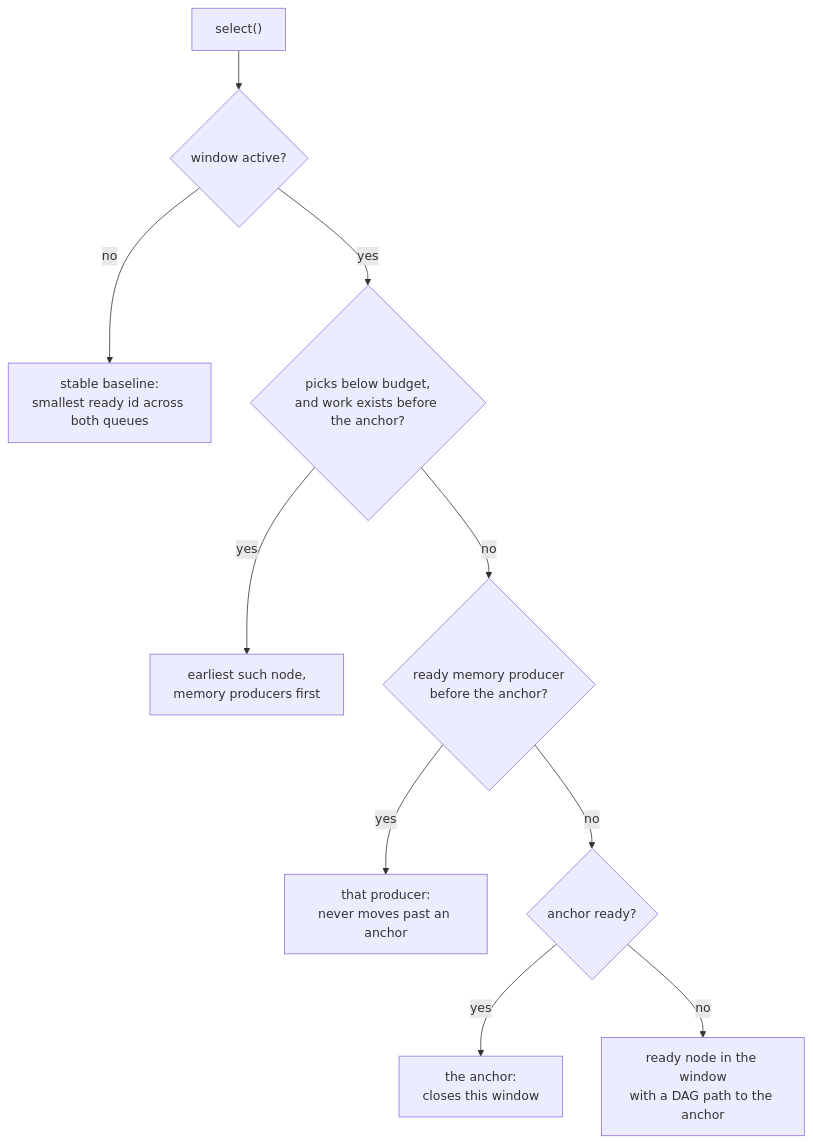
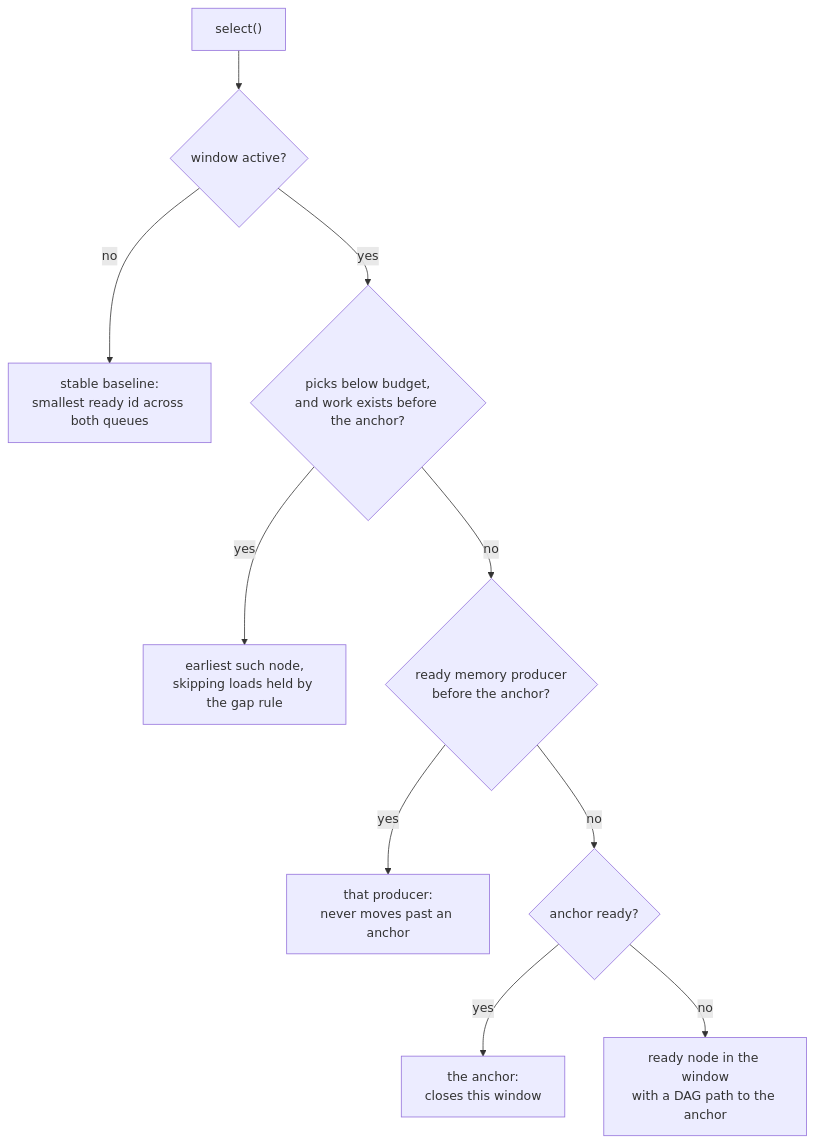
Before and after one commit to ROCm/rocm-libraries: the third of 5 diagrams in shared/stinkytofu/docs/developer/wait-aware-schedule-repair-pass.md, drawn with Mermaid. The commit also changed other lines of this file and 2 other files, not shown here.

````diff
--- a/shared/stinkytofu/docs/developer/wait-aware-schedule-repair-pass.md
+++ b/shared/stinkytofu/docs/developer/wait-aware-schedule-repair-pass.md
@@ -423,12 +510,12 @@
 ```mermaid
 flowchart TD
   s["select()"] --> act{"window active?"}
   act -- no --> base["stable baseline:<br/>smallest ready id across both queues"]
   act -- yes --> bud{"picks below budget,<br/>and work exists before the anchor?"}
-  bud -- yes --> p1["earliest such node,<br/>memory producers first"]
+  bud -- yes --> p1["earliest such node,<br/>skipping loads held by the gap rule"]
   bud -- no --> mem{"ready memory producer<br/>before the anchor?"}
   mem -- yes --> p2["that producer:<br/>never moves past an anchor"]
   mem -- no --> rdy{"anchor ready?"}
   rdy -- yes --> p3["the anchor:<br/>closes this window"]
   rdy -- no --> p4["ready node in the window<br/>with a DAG path to the anchor"]
 ```
````
